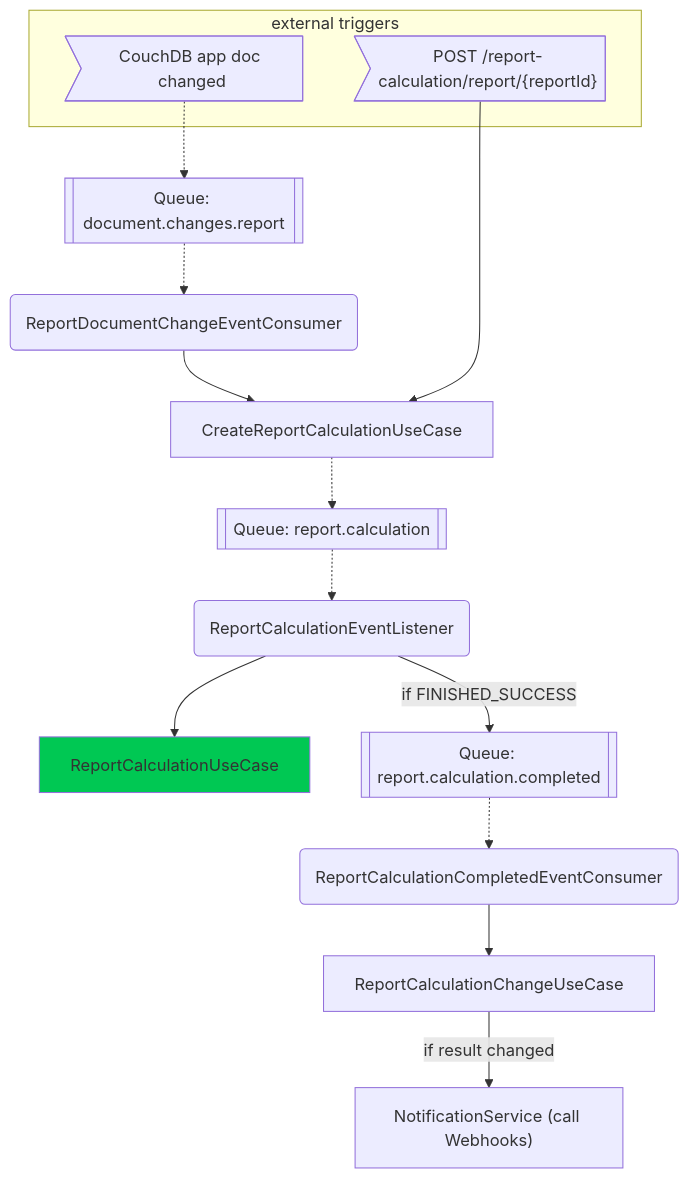
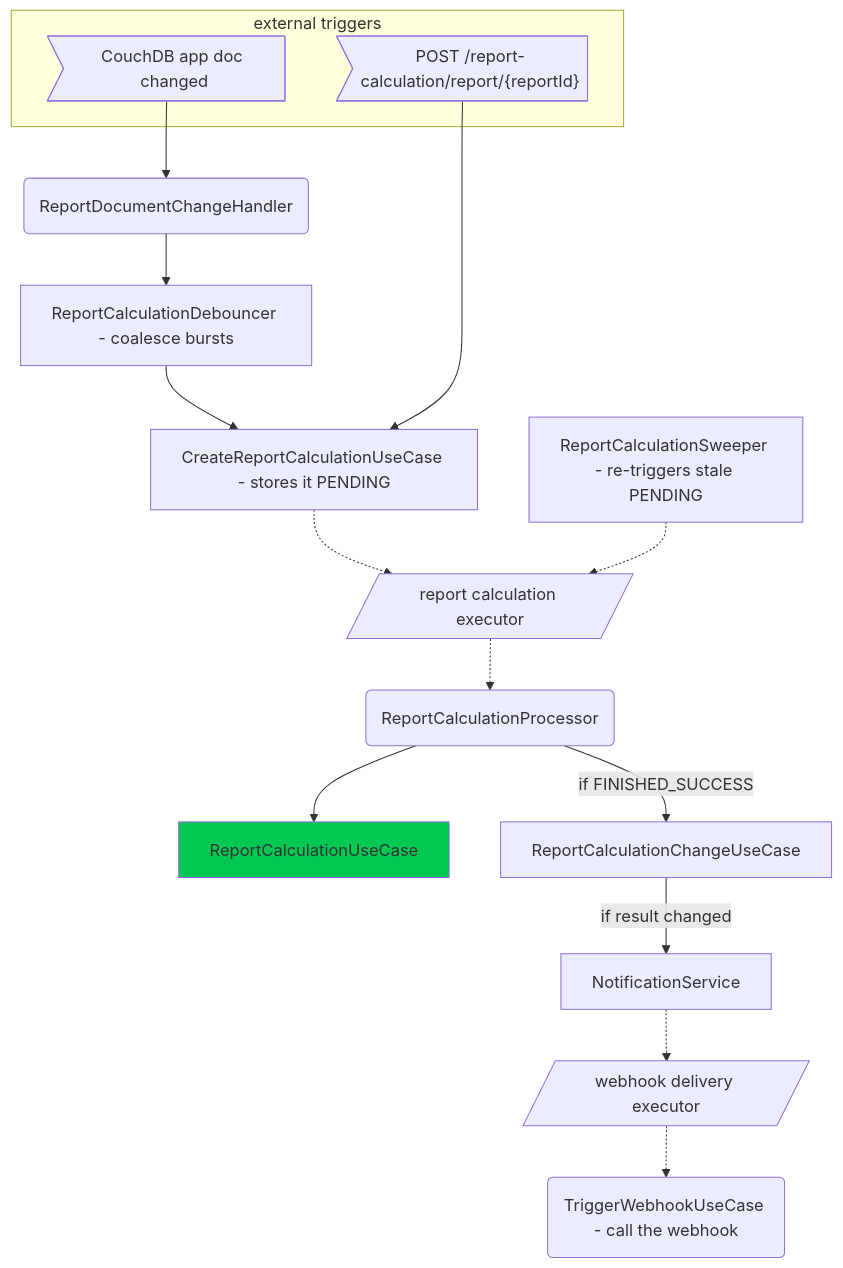
The diagram in application/aam-backend-service/src/main/kotlin/com/aamdigital/aambackendservice/reporting/README.md (Aam-Digital/aam-services), drawn with Mermaid before and after one commit. The commit also changed other lines of this file and 156 other files, not shown here.

````diff
--- a/application/aam-backend-service/src/main/kotlin/com/aamdigital/aambackendservice/reporting/README.md
+++ b/application/aam-backend-service/src/main/kotlin/com/aamdigital/aambackendservice/reporting/README.md
@@ -19,24 +22,25 @@
 ```mermaid
 flowchart TD
     subgraph trigger[external triggers]
         calculationRequest>"POST /report-calculation/report/{reportId}"]
         externalDocChange>"CouchDB app doc changed"]
     end
 
-    externalDocChange -.-> Q_DocChanges
-    Q_DocChanges[[Queue: document.changes.report]] -.-> ChangeEventConsumer
-    ChangeEventConsumer(ReportDocumentChangeEventConsumer) --> CreateCalculation
+    externalDocChange --> ChangeHandler
+    ChangeHandler(ReportDocumentChangeHandler) --> Debouncer
+    Debouncer[ReportCalculationDebouncer - coalesce bursts] --> CreateCalculation
     calculationRequest --> CreateCalculation
 
-    CreateCalculation[CreateReportCalculationUseCase] -.-> Q_Calculation
-    Q_Calculation[[Queue: report.calculation]] -.-> CalculationListener
-    CalculationListener(ReportCalculationEventListener) --> Calculation
+    CreateCalculation[CreateReportCalculationUseCase - stores it PENDING] -.-> E_Calculation
+    E_Calculation[/report calculation executor/] -.-> CalculationProcessor
+    Sweeper[ReportCalculationSweeper - re-triggers stale PENDING] -.-> E_Calculation
+    CalculationProcessor(ReportCalculationProcessor) --> Calculation
     Calculation[ReportCalculationUseCase]
     style Calculation fill:#00C853
 
-    CalculationListener -- if FINISHED_SUCCESS --> Q_Completed
-    Q_Completed[[Queue: report.calculation.completed]] -.-> CompletedConsumer
-    CompletedConsumer(ReportCalculationCompletedEventConsumer) --> CalculationChange
+    CalculationProcessor -- if FINISHED_SUCCESS --> CalculationChange
     CalculationChange[ReportCalculationChangeUseCase] -- if result changed --> WebhookNotification
-    WebhookNotification["NotificationService (call Webhooks)"]
+    WebhookNotification["NotificationService"] -.-> E_Webhook
+    E_Webhook[/webhook delivery executor/] -.-> TriggerWebhook
+    TriggerWebhook(TriggerWebhookUseCase - call the webhook)
 ```
````
